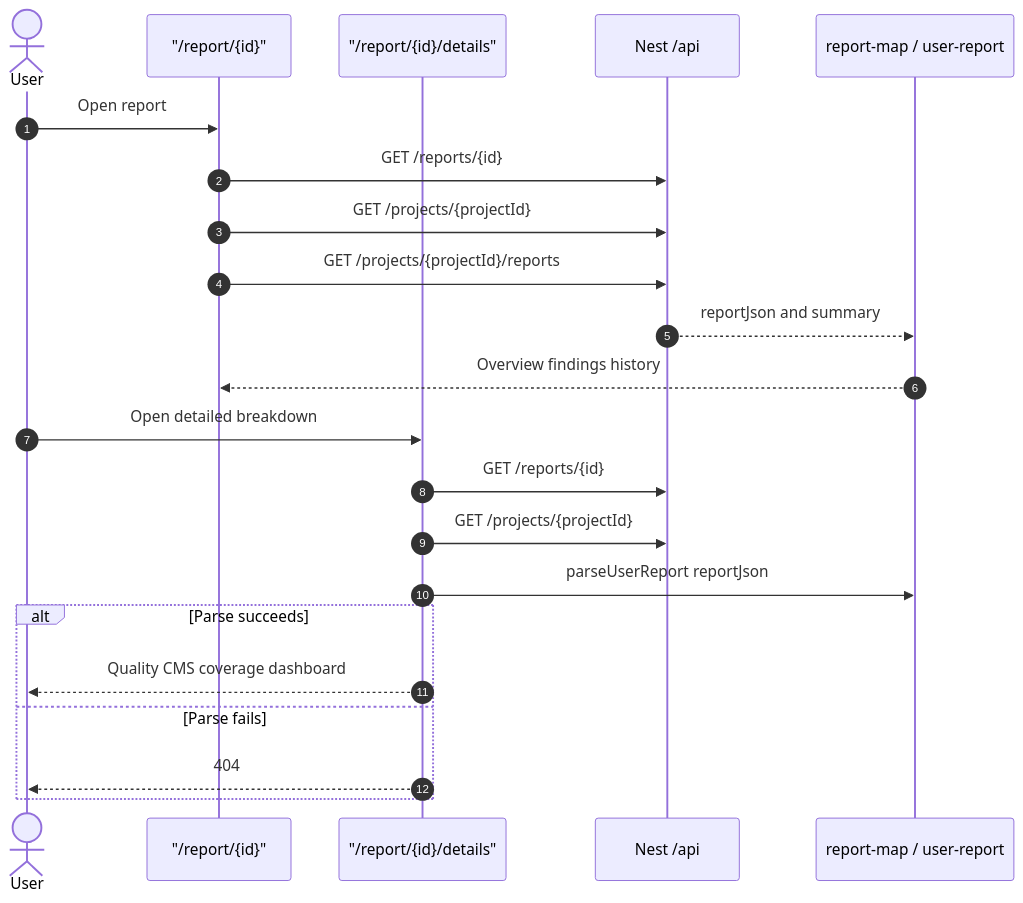
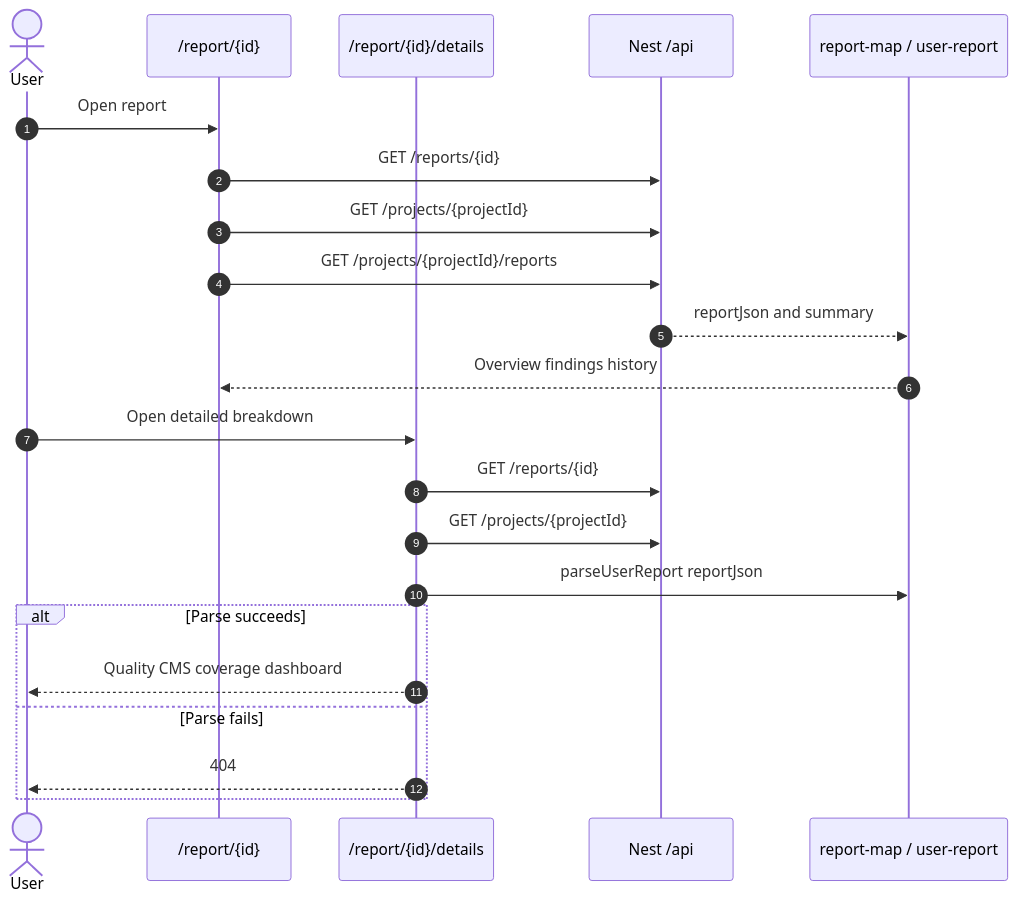
The fifth of 9 diagrams in docs/SEQUENCES.md (sachin-rv/utc-auditor-ui), drawn with Mermaid before and after one commit.

````diff
--- a/docs/SEQUENCES.md
+++ b/docs/SEQUENCES.md
@@ -120,25 +120,25 @@
 ```mermaid
 sequenceDiagram
   autonumber
   actor User
-  participant Report as "/report/{id}"
-  participant Quality as "/report/{id}/details"
+  participant Report as /report/{id}
+  participant Quality as /report/{id}/details
   participant API as Nest /api
   participant Map as report-map / user-report
 
   User->>Report: Open report
   Report->>API: GET /reports/{id}
   Report->>API: GET /projects/{projectId}
   Report->>API: GET /projects/{projectId}/reports
   API-->>Map: reportJson and summary
   Map-->>Report: Overview findings history
   User->>Quality: Open detailed breakdown
   Quality->>API: GET /reports/{id}
   Quality->>API: GET /projects/{projectId}
   Quality->>Map: parseUserReport reportJson
   alt Parse succeeds
     Quality-->>User: Quality CMS coverage dashboard
   else Parse fails
     Quality-->>User: 404
   end
 ```
````
